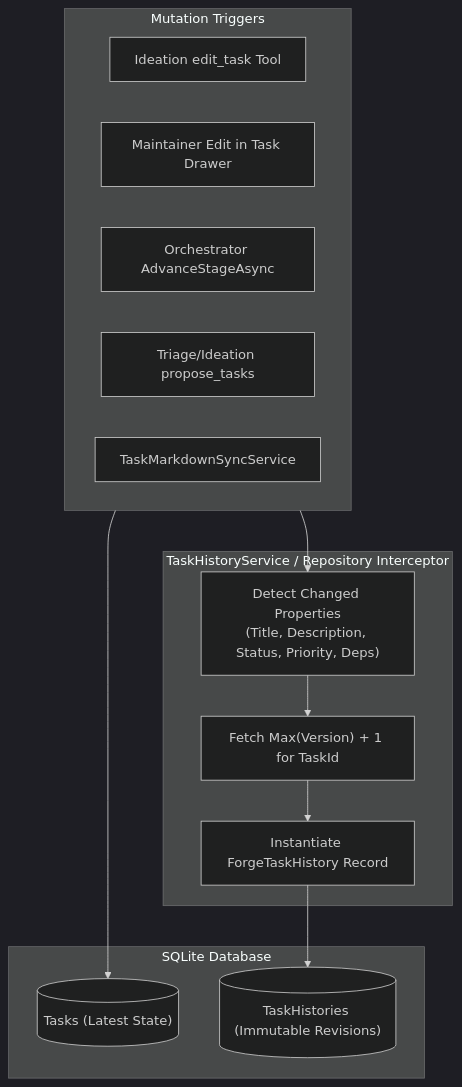
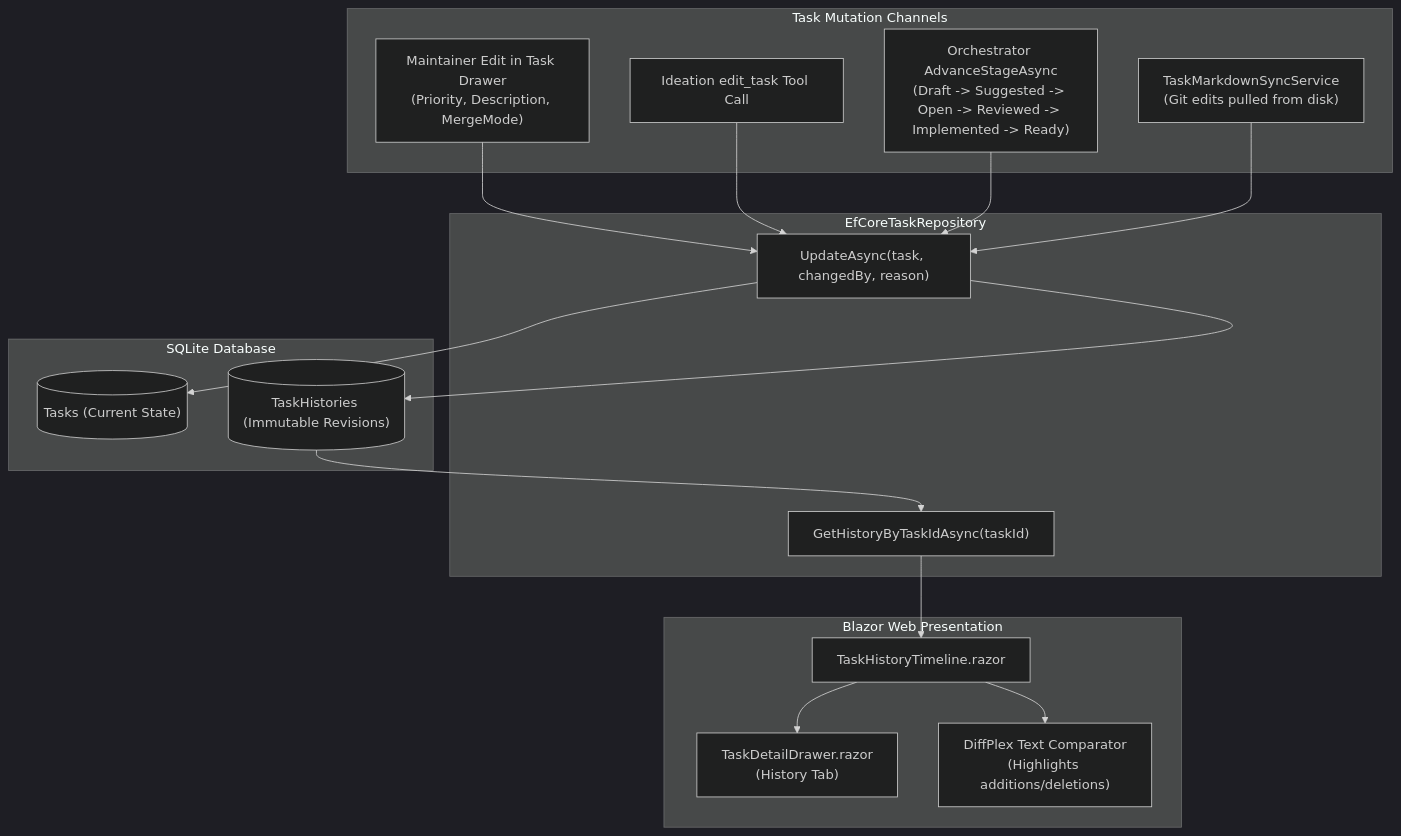
The diagram in docs/plan/phase-11/STEP_11_7_TASK_STATE_HISTORY_AND_AUDIT_TRAIL.md (jetelain/NightCodeForge), drawn with Mermaid (dark theme) before and after one commit. The commit also changed other lines of this file and 8 other files, not shown here.

````diff
--- a/docs/plan/phase-11/STEP_11_7_TASK_STATE_HISTORY_AND_AUDIT_TRAIL.md
+++ b/docs/plan/phase-11/STEP_11_7_TASK_STATE_HISTORY_AND_AUDIT_TRAIL.md
@@ -79,26 +26,35 @@
 ```mermaid
 flowchart TD
-    subgraph Triggers ["Mutation Triggers"]
-        IdeationEdit["Ideation edit_task Tool"]
-        UIEdit["Maintainer Edit in Task Drawer"]
-        StageAdvance["Orchestrator AdvanceStageAsync"]
-        TriageCreate["Triage/Ideation propose_tasks"]
-        MarkdownSync["TaskMarkdownSyncService"]
+    subgraph Triggers ["Task Mutation Channels"]
+        UIEdit["Maintainer Edit in Task Drawer<br/>(Priority, Description, MergeMode)"]
+        IdeationEdit["Ideation edit_task Tool Call"]
+        StageAdvance["Orchestrator AdvanceStageAsync<br/>(Draft -> Suggested -> Open -> Reviewed -> Implemented -> Ready)"]
+        DiskSync["TaskMarkdownSyncService<br/>(Git edits pulled from disk)"]
     end
 
-    subgraph Service ["TaskHistoryService / Repository Interceptor"]
-        Detect["Detect Changed Properties<br/>(Title, Description, Status, Priority, Deps)"]
-        NextVer["Fetch Max(Version) + 1 for TaskId"]
-        CreateSnap["Instantiate ForgeTaskHistory Record"]
+    subgraph Repo ["EfCoreTaskRepository"]
+        UpdateTask["UpdateAsync(task, changedBy, reason)"]
+        FetchHist["GetHistoryByTaskIdAsync(taskId)"]
     end
 
-    subgraph Storage ["SQLite Database"]
-        TaskTable[("Tasks (Latest State)")]
+    subgraph DB ["SQLite Database"]
+        TaskTable[("Tasks (Current State)")]
         HistoryTable[("TaskHistories (Immutable Revisions)")]
     end
 
-    Triggers --> Detect
-    Detect --> NextVer --> CreateSnap
-    CreateSnap --> HistoryTable
-    Triggers --> TaskTable
+    subgraph UI ["Blazor Web Presentation"]
+        Drawer["TaskDetailDrawer.razor<br/>(History Tab)"]
+        Timeline["TaskHistoryTimeline.razor"]
+        DiffView["DiffPlex Text Comparator<br/>(Highlights additions/deletions)"]
+    end
+
+    UIEdit --> UpdateTask
+    IdeationEdit --> UpdateTask
+    StageAdvance --> UpdateTask
+    DiskSync --> UpdateTask
+
+    UpdateTask --> TaskTable
+    UpdateTask --> HistoryTable
+    HistoryTable --> FetchHist --> Timeline --> Drawer
+    Timeline --> DiffView
 ```
````
